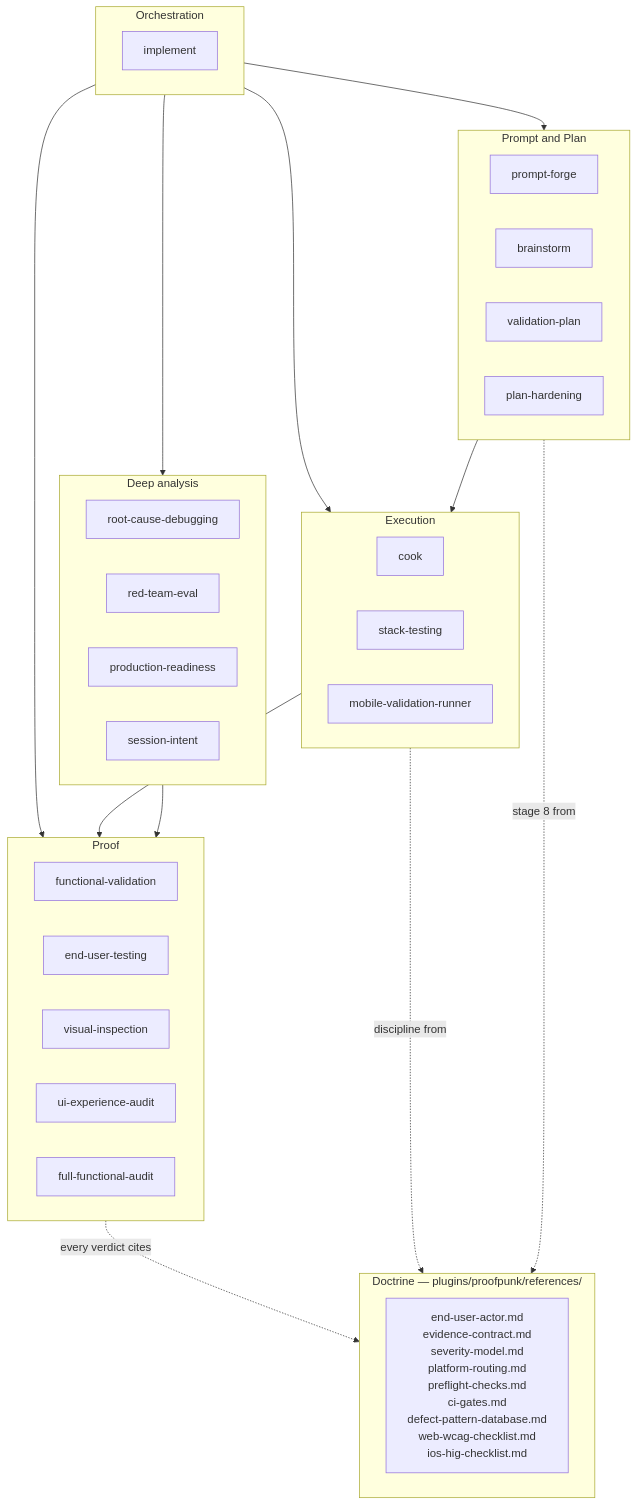
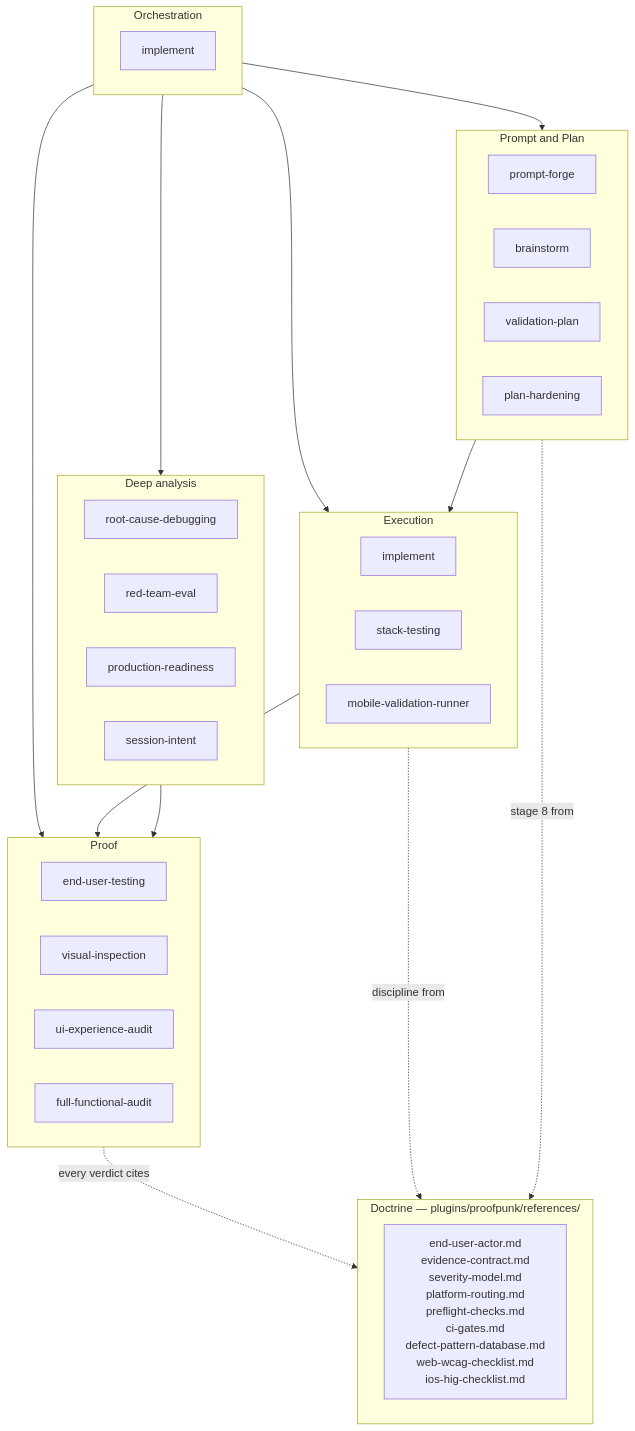
The second of 5 diagrams in README.md (krzemienski/proofpunk), drawn with Mermaid before and after one commit. The commit also changed other lines of this file and 72 other files, not shown here.

````diff
--- a/README.md
+++ b/README.md
@@ -465,43 +417,42 @@
 ```mermaid
 graph TB
     subgraph ORCH["Orchestration"]
         IMP["implement"]
     end
     subgraph PROMPT["Prompt and Plan"]
         PF["prompt-forge"]
         BS["brainstorm"]
         VP["validation-plan"]
         PH["plan-hardening"]
     end
     subgraph EXEC["Execution"]
-        CK["cook"]
+        IM2["implement"]
         ST["stack-testing"]
         MVR["mobile-validation-runner"]
     end
     subgraph PROOF["Proof"]
-        FV["functional-validation"]
         EG["end-user-testing"]
         VI["visual-inspection"]
         UX["ui-experience-audit"]
         FFA["full-functional-audit"]
     end
     subgraph DEEP["Deep analysis"]
         RCD["root-cause-debugging"]
         RTE["red-team-eval"]
         PR["production-readiness"]
         SI["session-intent"]
     end
     subgraph DOC["Doctrine — plugins/proofpunk/references/"]
         REF["end-user-actor.md<br/>evidence-contract.md<br/>severity-model.md<br/>platform-routing.md<br/>preflight-checks.md<br/>ci-gates.md<br/>defect-pattern-database.md<br/>web-wcag-checklist.md<br/>ios-hig-checklist.md"]
     end
     ORCH --> PROMPT
     ORCH --> EXEC
     ORCH --> PROOF
     ORCH --> DEEP
     PROMPT --> EXEC
     EXEC --> PROOF
     DEEP --> PROOF
     PROOF -.->|every verdict cites| DOC
     EXEC -.->|discipline from| DOC
     PROMPT -.->|stage 8 from| DOC
 ```
````
